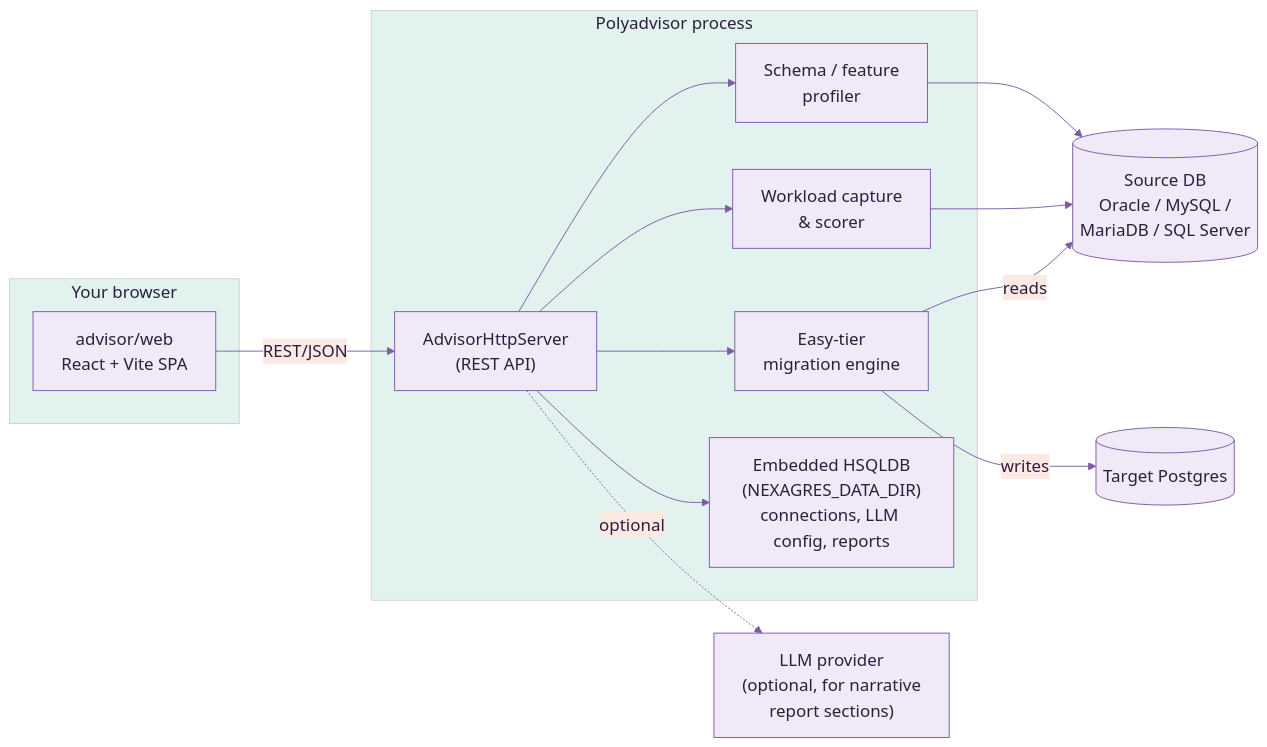
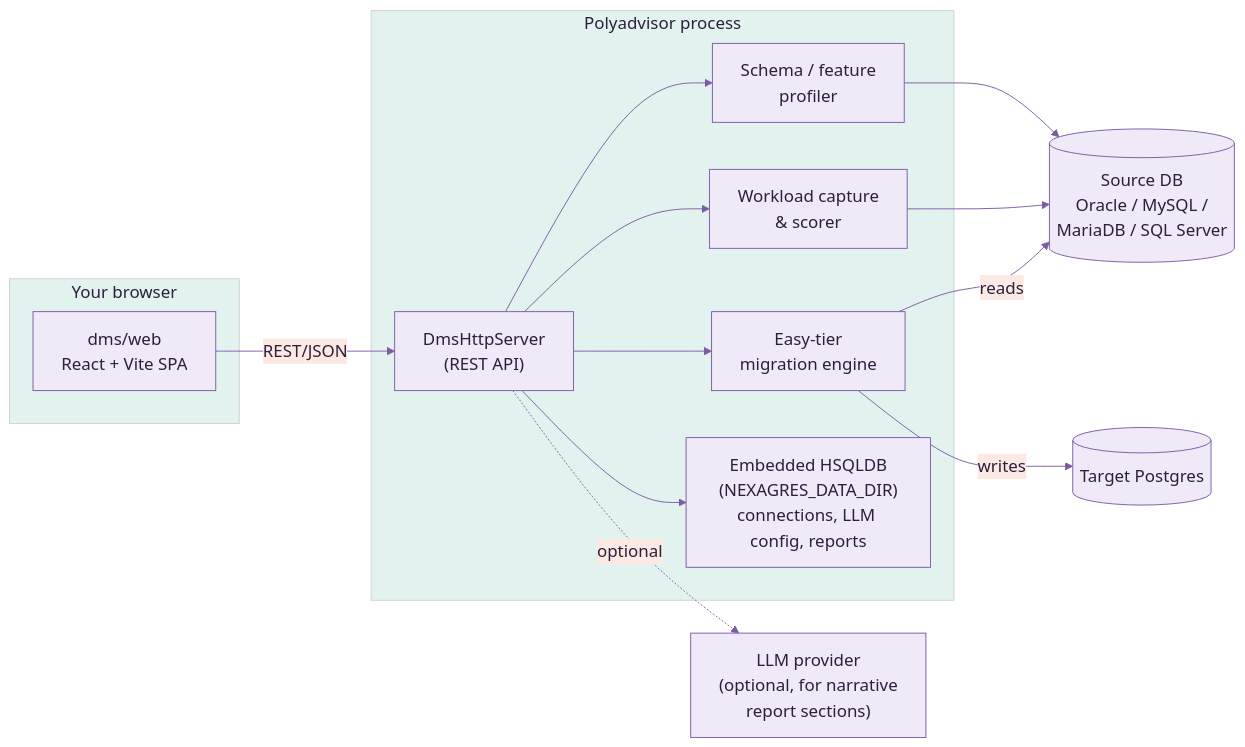
The first of 8 diagrams in docs/USE_CASE_GUIDE.md (polygres26/Docker), drawn with Mermaid before and after one commit. The commit also changed other lines of this file and 225 other files, not shown here.

````diff
--- a/docs/USE_CASE_GUIDE.md
+++ b/docs/USE_CASE_GUIDE.md
@@ -32,26 +32,26 @@
 ```mermaid
 %%{init: {'theme':'base', 'themeVariables': {'primaryColor':'#f0e9f7','primaryTextColor':'#2c1f3d','primaryBorderColor':'#7c5aa6','lineColor':'#7c5aa6','secondaryColor':'#fde9e4','secondaryTextColor':'#2c1f3d','tertiaryColor':'#e2f3ef','tertiaryTextColor':'#2c1f3d','noteBkgColor':'#fde9e4','noteTextColor':'#2c1f3d','noteBorderColor':'#d97a5f','fontSize':'18px','fontFamily':'-apple-system, Helvetica, Arial, sans-serif'}}}%%
 flowchart LR
     subgraph Client["Your browser"]
-        UI["advisor/web\nReact + Vite SPA"]
+        UI["dms/web\nReact + Vite SPA"]
     end
     subgraph Advisor["Polyadvisor process"]
-        HTTP["AdvisorHttpServer\n(REST API)"]
+        HTTP["DmsHttpServer\n(REST API)"]
         Profiler["Schema / feature\nprofiler"]
         Workload["Workload capture\n& scorer"]
         Migrator["Easy-tier\nmigration engine"]
         Store["Embedded HSQLDB\n(NEXAGRES_DATA_DIR)\nconnections, LLM config, reports"]
     end
     Source[("Source DB\nOracle / MySQL /\nMariaDB / SQL Server")]
     PG[("Target Postgres")]
     LLM["LLM provider\n(optional, for narrative\nreport sections)"]
 
     UI -->|REST/JSON| HTTP
     HTTP --> Profiler --> Source
     HTTP --> Workload --> Source
     HTTP --> Migrator
     Migrator -->|reads| Source
     Migrator -->|writes| PG
     HTTP --> Store
     HTTP -.optional.-> LLM
 ```
````
